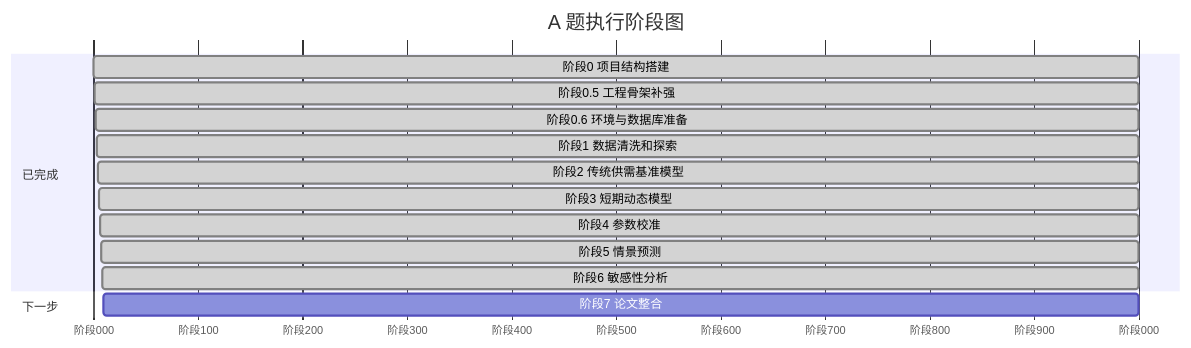
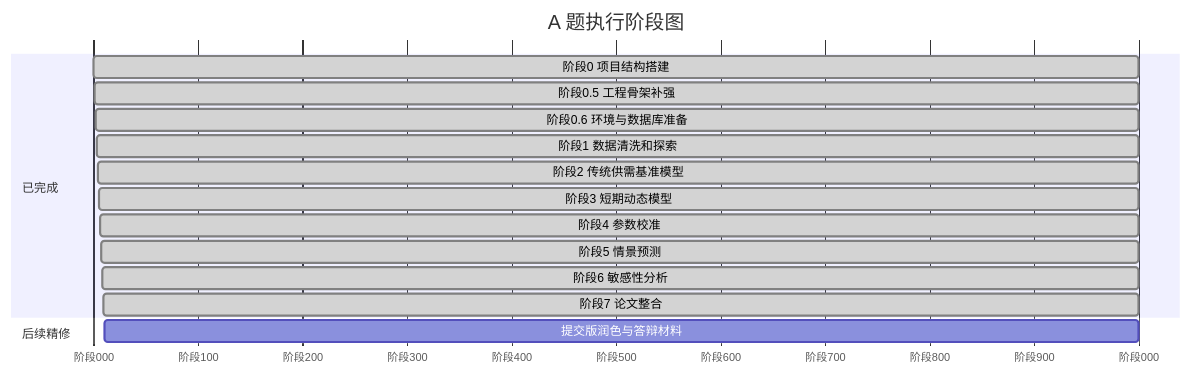
The diagram in docs/03_执行计划.md (Timcai06/-A-), drawn with Mermaid before and after one commit. The commit also changed other lines of this file and 9 other files, not shown here.

````diff
--- a/docs/03_执行计划.md
+++ b/docs/03_执行计划.md
@@ -7,18 +7,19 @@
 ```mermaid
 gantt
     title A 题执行阶段图
     dateFormat  X
     axisFormat  阶段%L
     section 已完成
     阶段0 项目结构搭建           :done, 0, 1
     阶段0.5 工程骨架补强         :done, 1, 1
     阶段0.6 环境与数据库准备     :done, 2, 1
     阶段1 数据清洗和探索         :done, 3, 1
     阶段2 传统供需基准模型       :done, 4, 1
     阶段3 短期动态模型           :done, 5, 1
     阶段4 参数校准               :done, 6, 1
     阶段5 情景预测               :done, 7, 1
     阶段6 敏感性分析             :done, 8, 1
-    section 下一步
-    阶段7 论文整合               :9, 1
+    阶段7 论文整合               :done, 9, 1
+    section 后续精修
+    提交版润色与答辩材料          :10, 1
 ```
````
